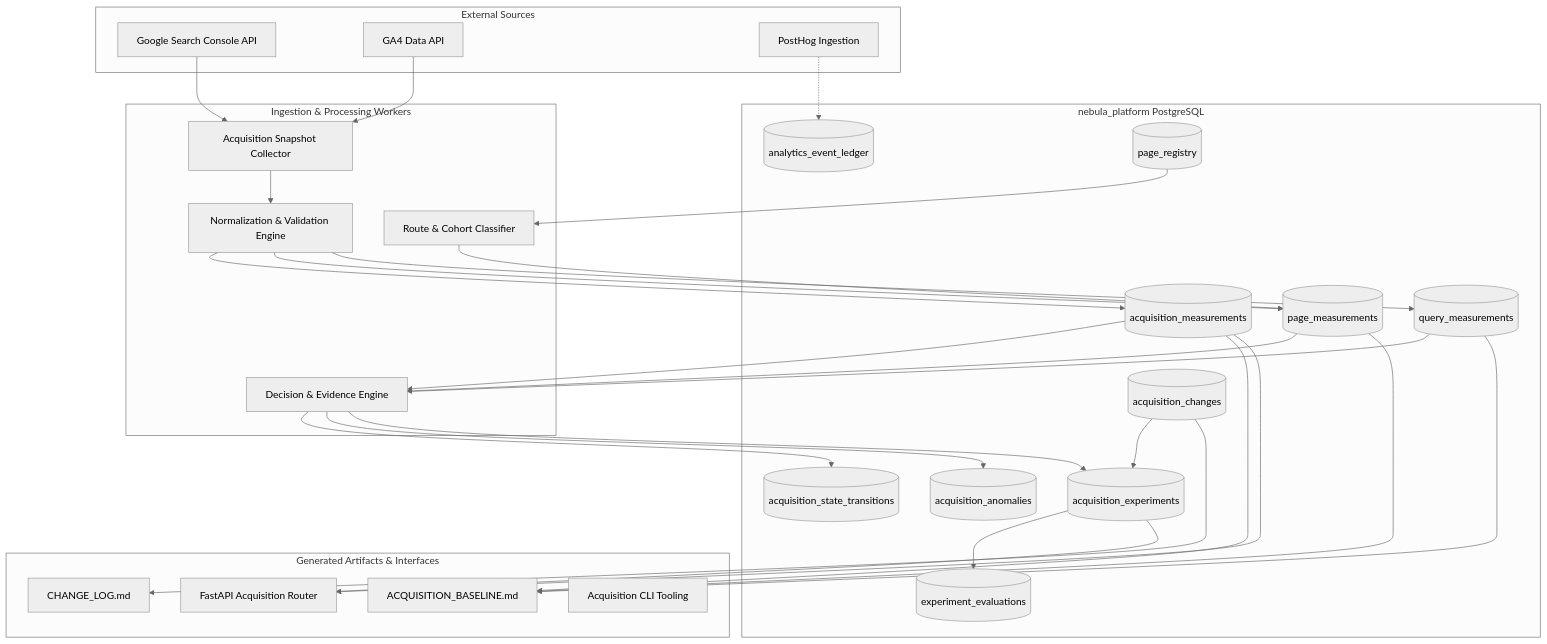
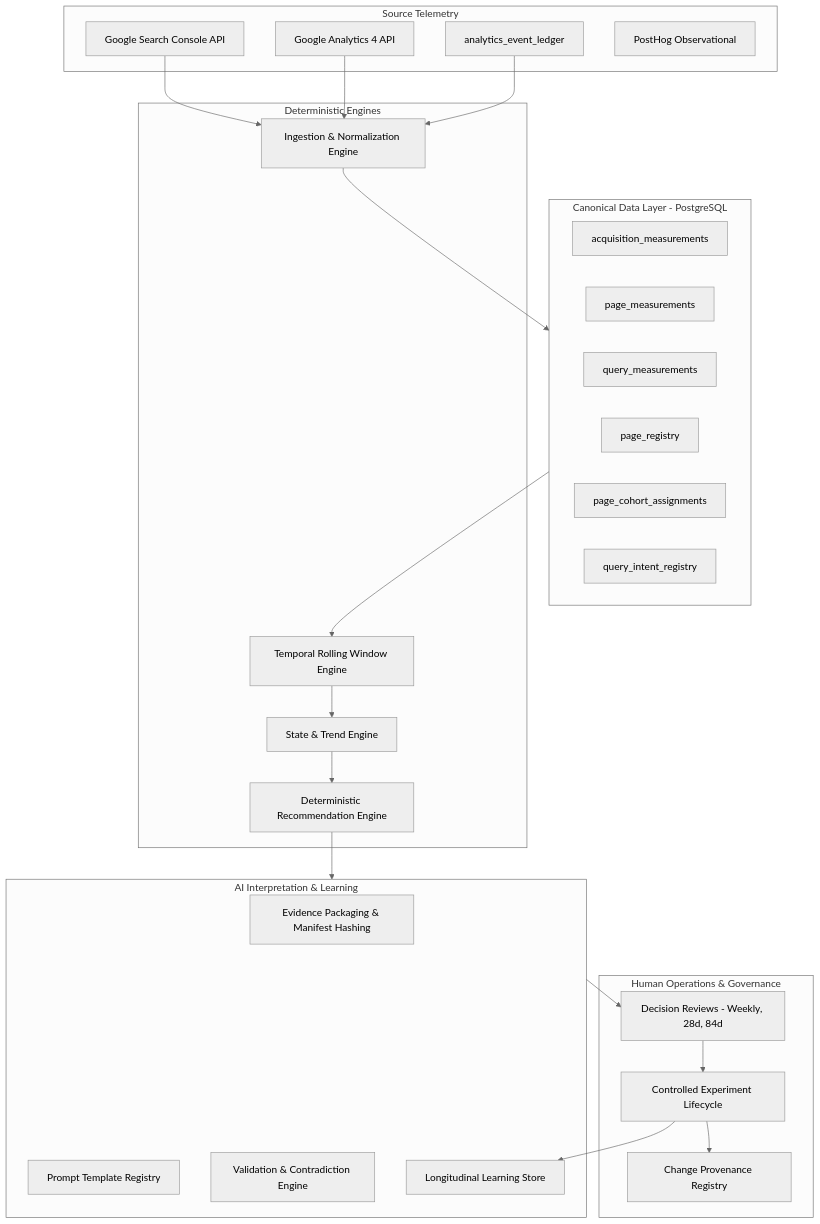
The diagram in docs/acquisition/architecture.md (mikeholownych/nebula-nextjs), drawn with Mermaid (neutral theme) before and after one commit. The commit also changed other lines of this file and 7 other files, not shown here.

Commit message:
feat(acquisition): Phase 8 end-to-end operationalization, adversarial validation, disaster recovery, and production acceptance

````diff
--- a/docs/acquisition/architecture.md
+++ b/docs/acquisition/architecture.md
@@ -72,54 +24,46 @@
 ```mermaid
-graph TD
-    subgraph External Sources
+flowchart TD
+    subgraph S1 [Source Telemetry]
         GSC[Google Search Console API]
-        GA4[GA4 Data API]
-        PostHog[PostHog Ingestion]
+        GA4[Google Analytics 4 API]
+        LEDGER[analytics_event_ledger]
+        PH[PostHog Observational]
     end
 
-    subgraph Core Platform [nebula_platform PostgreSQL]
-        AEL[(analytics_event_ledger)]
-        PR[(page_registry)]
-        AM[(acquisition_measurements)]
-        PM[(page_measurements)]
-        QM[(query_measurements)]
-        ST[(acquisition_state_transitions)]
-        AC[(acquisition_changes)]
-        EXP[(acquisition_experiments)]
-        EE[(experiment_evaluations)]
-        ANOM[(acquisition_anomalies)]
+    subgraph S2 [Canonical Data Layer - PostgreSQL]
+        AM[acquisition_measurements]
+        PM[page_measurements]
+        QM[query_measurements]
+        PR[page_registry]
+        PCA[page_cohort_assignments]
+        QIR[query_intent_registry]
     end
 
-    subgraph Ingestion & Processing Workers
-        Collector[Acquisition Snapshot Collector]
-        Normalizer[Normalization & Validation Engine]
-        Classifier[Route & Cohort Classifier]
-        Evaluator[Decision & Evidence Engine]
+    subgraph S3 [Deterministic Engines]
+        ING[Ingestion & Normalization Engine]
+        WIN[Temporal Rolling Window Engine]
+        STA[State & Trend Engine]
+        REC[Deterministic Recommendation Engine]
     end
 
-    subgraph Generated Artifacts & Interfaces
-        Reports[ACQUISITION_BASELINE.md]
-        ChangeLog[CHANGE_LOG.md]
-        AdminAPI[FastAPI Acquisition Router]
-        CLI[Acquisition CLI Tooling]
+    subgraph S4 [AI Interpretation & Learning]
+        AIE[Evidence Packaging & Manifest Hashing]
+        PMR[Prompt Template Registry]
+        AIV[Validation & Contradiction Engine]
+        LS[Longitudinal Learning Store]
     end
 
-    GSC --> Collector
-    GA4 --> Collector
-    PostHog -.-> AEL
-    Collector --> Normalizer
-    Normalizer --> AM
-    Normalizer --> PM
-    Normalizer --> QM
-    PR --> Classifier
-    Classifier --> PM
-    AM & PM & QM --> Evaluator
-    Evaluator --> ST
-    Evaluator --> ANOM
-    Evaluator --> EXP
-    AC --> EXP
-    EXP --> EE
-    AM & PM & QM --> Reports
-    AC --> ChangeLog
-    AM & EXP --> AdminAPI
+    subgraph S5 [Human Operations & Governance]
+        DR[Decision Reviews - Weekly, 28d, 84d]
+        EXP[Controlled Experiment Lifecycle]
+        CHG[Change Provenance Registry]
+    end
+
+    GSC & GA4 & LEDGER --> ING
+    ING --> S2
+    S2 --> WIN --> STA --> REC
+    REC --> S4
+    S4 --> DR
+    DR --> EXP --> CHG
+    EXP --> LS
 ```
````
